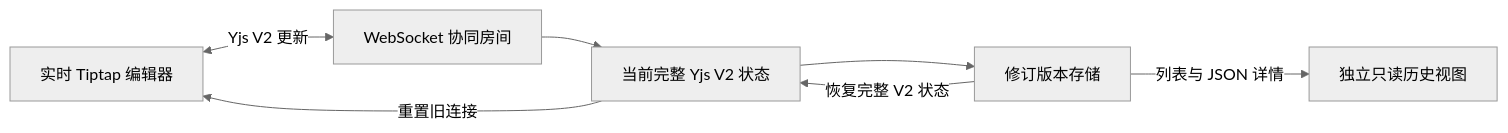
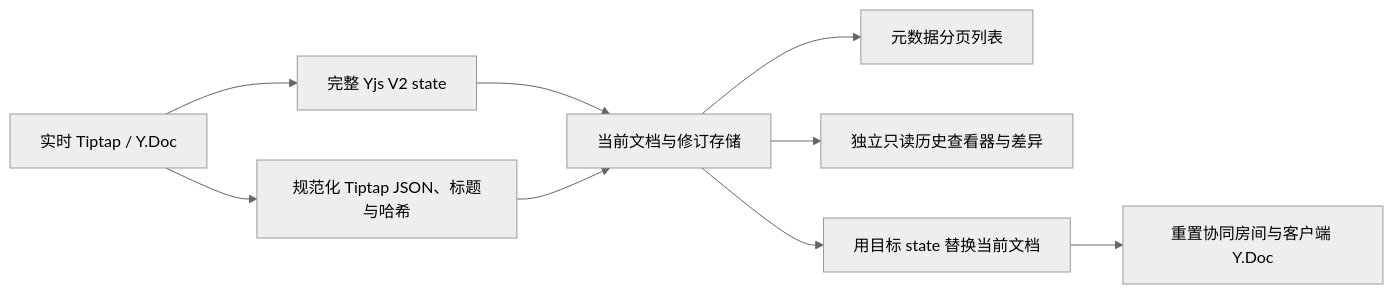
One commit to MoMeak9/tiptap-yjs-snapshot changed the diagram in README.md. Above: the diagram before and after it, drawn with Mermaid (neutral theme). The commit also changed other lines of this file and 72 other files, not shown here.

````diff
--- a/README.md
+++ b/README.md
@@ -26,9 +47,11 @@
 ```mermaid
 flowchart LR
-  A[实时 Tiptap 编辑器] <-->|Yjs V2 更新| B[WebSocket 协同房间]
-  B --> C[当前完整 Yjs V2 状态]
-  C --> D[修订版本存储]
-  D -->|列表与 JSON 详情| E[独立只读历史视图]
-  D -->|恢复完整 V2 状态| C
-  C -->|重置旧连接| A
+  A[实时 Tiptap / Y.Doc] --> B[完整 Yjs V2 state]
+  A --> C[规范化 Tiptap JSON、标题与哈希]
+  B --> D[当前文档与修订存储]
+  C --> D
+  D --> E[元数据分页列表]
+  D --> F[独立只读历史查看器与差异]
+  D --> G[用目标 state 替换当前文档]
+  G --> H[重置协同房间与客户端 Y.Doc]
 ```
````
